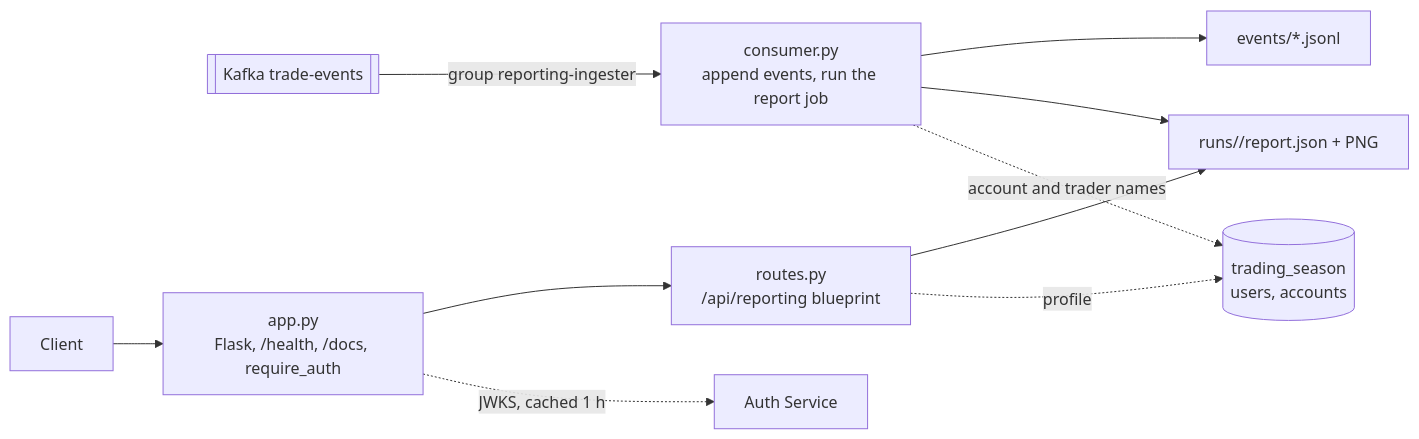
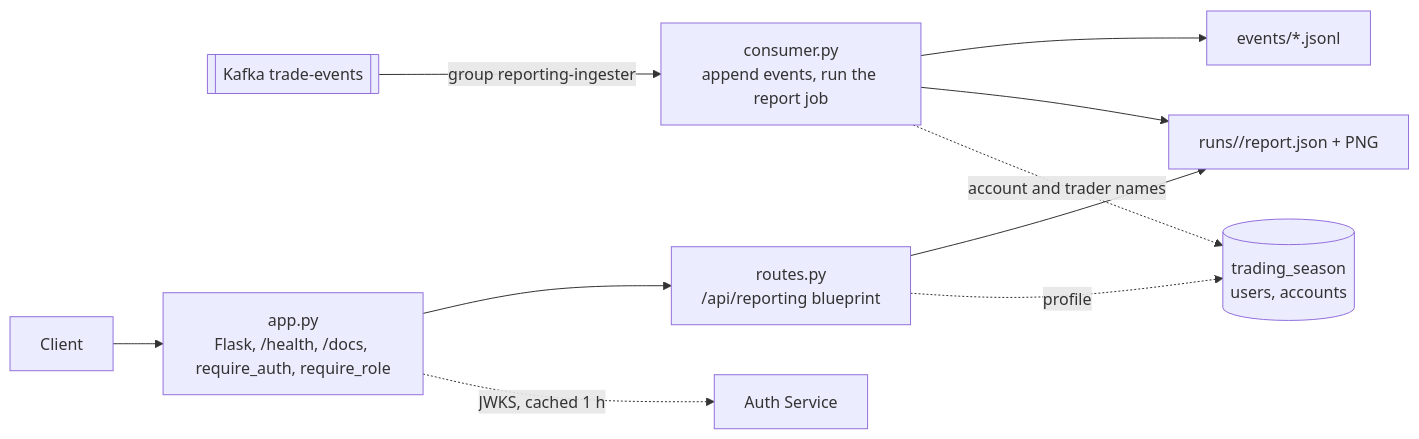
Before and after one commit to seankcheema/trading-season: the diagram in apps/reporting-service/README.md, drawn with Mermaid. The commit also changed other lines of this file and 493 other files, not shown here.

````diff
--- a/apps/reporting-service/README.md
+++ b/apps/reporting-service/README.md
@@ -55,12 +55,12 @@
 ```mermaid
 flowchart LR
     K[["Kafka trade-events"]] -- "group reporting-ingester" --> C["consumer.py<br/>append events, run the report job"]
     C --> E["events/*.jsonl"]
     C --> R["runs/<id>/report.json + PNG"]
     C -. "account and trader names" .-> DB[("trading_season<br/>users, accounts")]
-    Client --> App["app.py<br/>Flask, /health, /docs, require_auth"]
+    Client --> App["app.py<br/>Flask, /health, /docs, require_auth, require_role"]
     App --> Routes["routes.py<br/>/api/reporting blueprint"]
     Routes --> R
     Routes -. "profile" .-> DB
     App -. "JWKS, cached 1 h" .-> Auth["Auth Service"]
 ```
````
